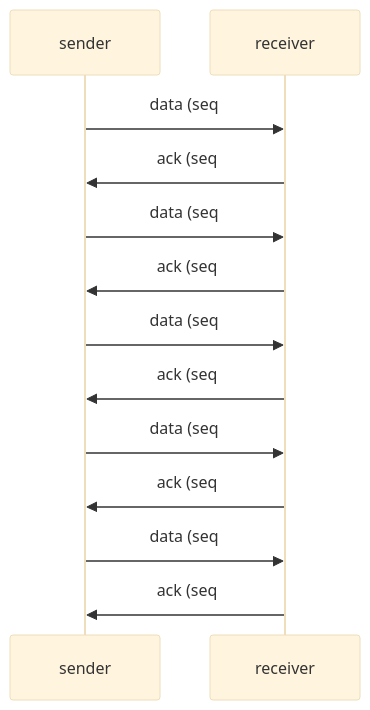
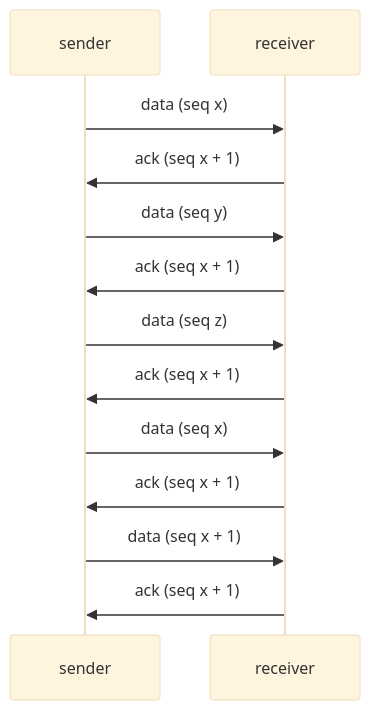
One commit to MorganBergen/computer-networks changed the eighth of 8 diagrams in content/03-ch.md. Above: the diagram before and after it, drawn with Mermaid (base theme). The commit also changed other lines of this file and 36 other files, not shown here.

````diff
--- a/content/03-ch.md
+++ b/content/03-ch.md
@@ -642,15 +642,15 @@
 ```mermaid
 sequenceDiagram
     participant A as sender
     participant B as receiver
-    A->>B:  data (seq # x)
-    B->>A:  ack (seq # x + 1)
-    A->>B:  data (seq # y)
-    B->>A:  ack (seq # x + 1)
-    A->>B:  data (seq # z)
-    B->>A:  ack (seq # x + 1)
-    A->>B:  data (seq # x)
-    B->>A:  ack (seq # x + 1)
-    A->>B:  data (seq # x + 1)
-    B->>A:  ack (seq # x + 1)
+    A->>B:  data (seq x)
+    B->>A:  ack (seq  x + 1)
+    A->>B:  data (seq y)
+    B->>A:  ack (seq x + 1)
+    A->>B:  data (seq z)
+    B->>A:  ack (seq x + 1)
+    A->>B:  data (seq x)
+    B->>A:  ack (seq x + 1)
+    A->>B:  data (seq x + 1)
+    B->>A:  ack (seq x + 1)
 ```
````
